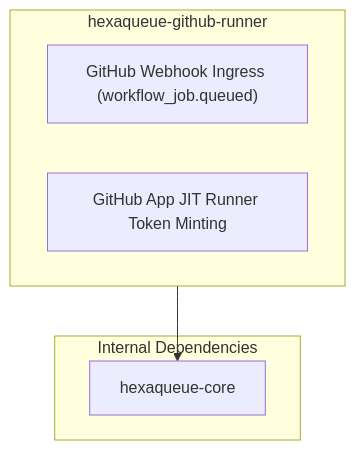
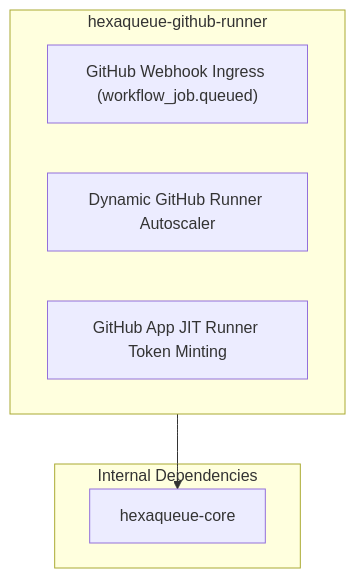
Before and after one commit to TheTrueSCU/hexaqueue: the diagram in packages/hexaqueue_github_runner/README.md, drawn with Mermaid. The commit also changed other lines of this file and 45 other files, not shown here.

Commit message:
feat(github-runner): implement dynamic runner autoscaler and webhook bridge (#22)

````diff
--- a/packages/hexaqueue_github_runner/README.md
+++ b/packages/hexaqueue_github_runner/README.md
@@ -19,13 +19,14 @@
 ```mermaid
 graph TD
     subgraph S1["hexaqueue-github-runner"]
         WEBHOOK["GitHub Webhook Ingress (workflow_job.queued)"]
+        AUTOSCALER["Dynamic GitHub Runner Autoscaler"]
         JIT["GitHub App JIT Runner Token Minting"]
     end
 
     subgraph S2["Internal Dependencies"]
         HQ_CORE["hexaqueue-core"]
     end
 
     S1 --> HQ_CORE
 ```
````
